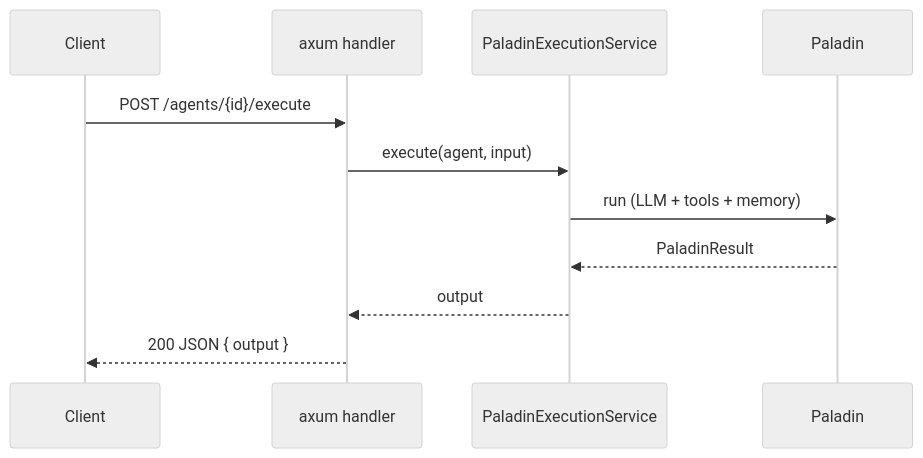
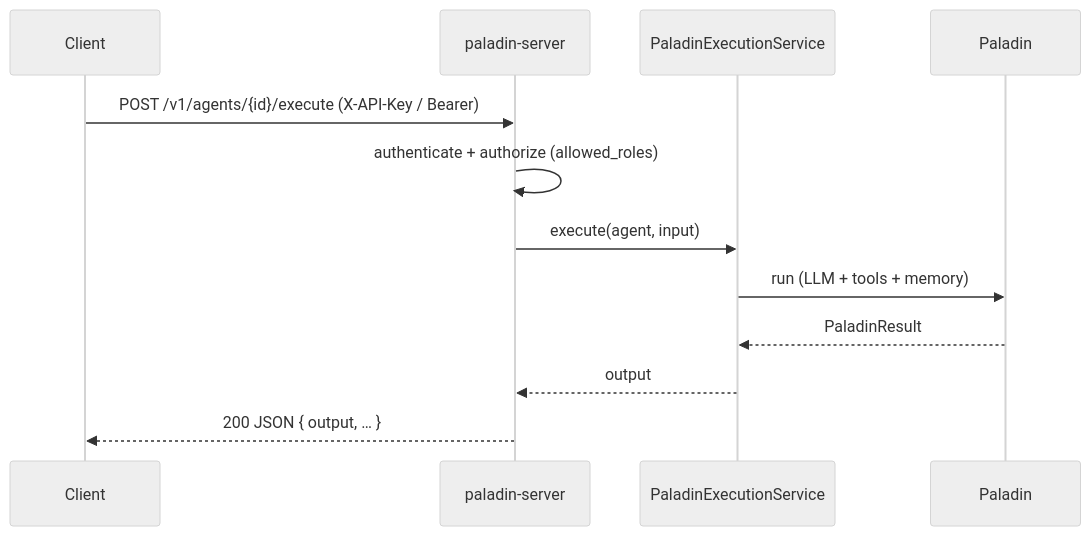
One commit to Am0rfu5/paladin-dev-env changed the diagram in docs/src/deployment-topologies/http-service-host.md. Above: the diagram before and after it, drawn with Mermaid (neutral theme). The commit also changed other lines of this file and 2 other files, not shown here.

First line of the commit message:
docs(deploy): rewrite HTTP service-host topology for the shipped server (M12 E7, task 3.0)

````diff
--- a/docs/src/deployment-topologies/http-service-host.md
+++ b/docs/src/deployment-topologies/http-service-host.md
@@ -28,13 +45,14 @@
 ```mermaid
 sequenceDiagram
     participant Client
-    participant Handler as axum handler
+    participant Server as paladin-server
     participant Service as PaladinExecutionService
     participant Agent as Paladin
-    Client->>Handler: POST /agents/{id}/execute
-    Handler->>Service: execute(agent, input)
+    Client->>Server: POST /v1/agents/{id}/execute  (X-API-Key / Bearer)
+    Server->>Server: authenticate + authorize (allowed_roles)
+    Server->>Service: execute(agent, input)
     Service->>Agent: run (LLM + tools + memory)
     Agent-->>Service: PaladinResult
-    Service-->>Handler: output
-    Handler-->>Client: 200 JSON { output }
+    Service-->>Server: output
+    Server-->>Client: 200 JSON { output, … }
 ```
````
